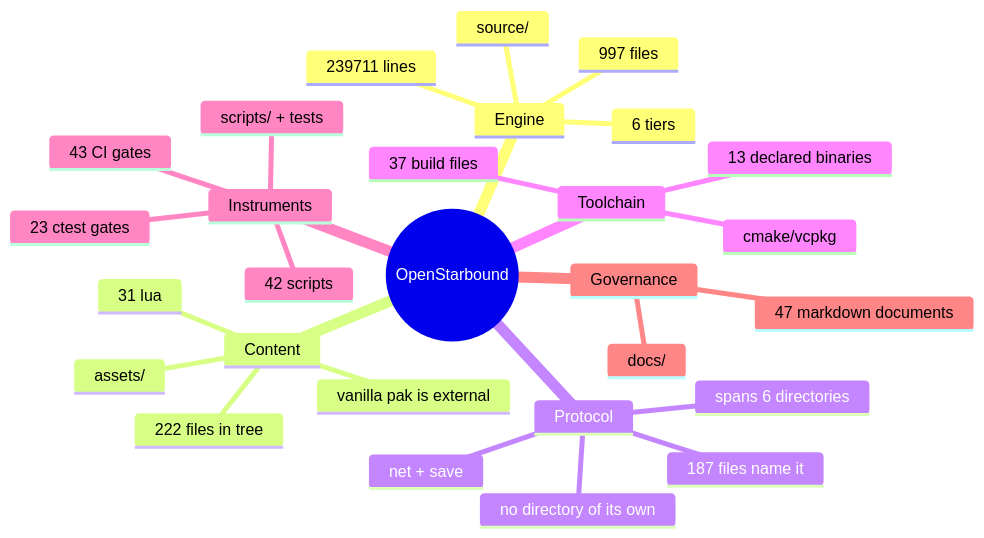
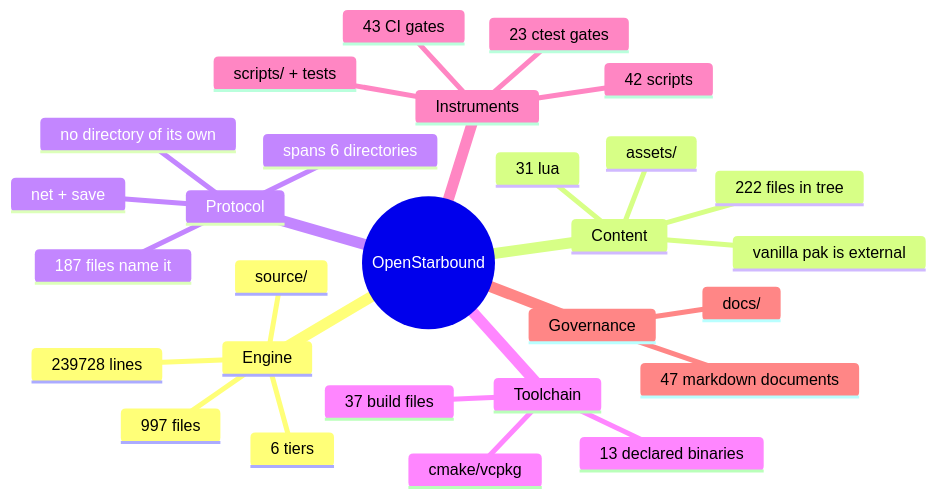
The second of 11 diagrams in docs/architecture/system-boundaries.md (apnex/OpenStarbound), drawn with Mermaid before and after one commit. The commit also changed other lines of this file and 3 other files, not shown here.

````diff
--- a/docs/architecture/system-boundaries.md
+++ b/docs/architecture/system-boundaries.md
@@ -166,31 +166,31 @@
 ```mermaid
 mindmap
   root((OpenStarbound))
     Engine
       source/
       997 files
-      239711 lines
+      239728 lines
       6 tiers
     Content
       assets/
       222 files in tree
       31 lua
       vanilla pak is external
     Protocol
       net + save
       187 files name it
       spans 6 directories
       no directory of its own
     Toolchain
       cmake/vcpkg
       37 build files
       13 declared binaries
     Instruments
       scripts/ + tests
       42 scripts
       23 ctest gates
       43 CI gates
     Governance
       docs/
       47 markdown documents
 ```
````
